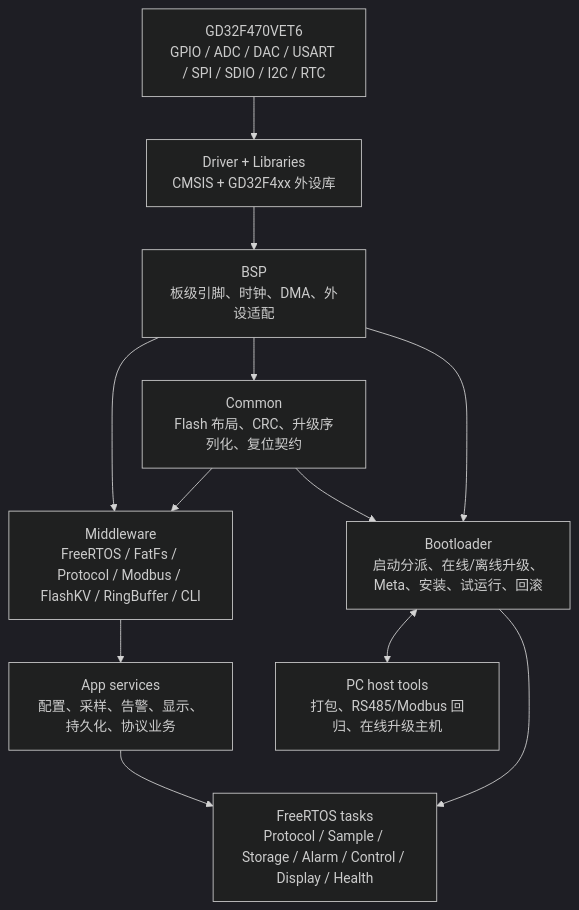
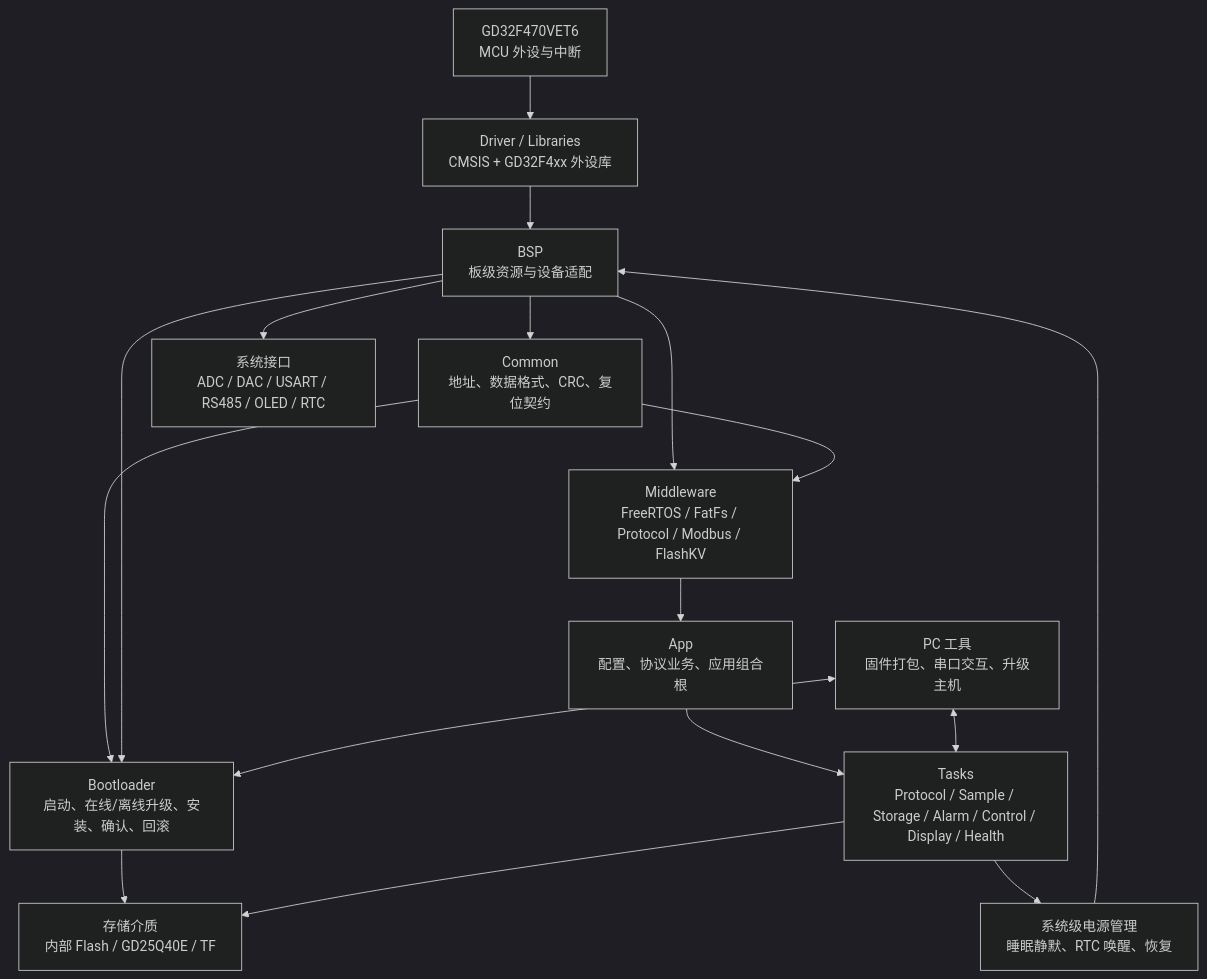
The first of 2 diagrams in README.md (TheMIrddddddddd/EmbeddedSystem), drawn with Mermaid (dark theme) before and after one commit. The commit also changed other lines of this file and 3 other files, not shown here.

```diff
--- a/README.md
+++ b/README.md
@@ -35,22 +25,31 @@
 ~~~mermaid
 flowchart TB
-    HW["GD32F470VET6<br/>GPIO / ADC / DAC / USART / SPI / SDIO / I2C / RTC"]
-    VENDOR["Driver + Libraries<br/>CMSIS + GD32F4xx 外设库"]
-    BSP["BSP<br/>板级引脚、时钟、DMA、外设适配"]
-    COMMON["Common<br/>Flash 布局、CRC、升级序列化、复位契约"]
-    MW["Middleware<br/>FreeRTOS / FatFs / Protocol / Modbus / FlashKV / RingBuffer / CLI"]
-    SERVICES["App services<br/>配置、采样、告警、显示、持久化、协议业务"]
-    TASKS["FreeRTOS tasks<br/>Protocol / Sample / Storage / Alarm / Control / Display / Health"]
-    BOOT["Bootloader<br/>启动分派、在线/离线升级、Meta、安装、试运行、回滚"]
-    HOST["PC host tools<br/>打包、RS485/Modbus 回归、在线升级主机"]
+    CHIP["GD32F470VET6<br/>MCU 外设与中断"]
+    VENDOR["Driver / Libraries<br/>CMSIS + GD32F4xx 外设库"]
+    BSP["BSP<br/>板级资源与设备适配"]
+    CONTRACT["Common<br/>地址、数据格式、CRC、复位契约"]
+    MIDDLEWARE["Middleware<br/>FreeRTOS / FatFs / Protocol / Modbus / FlashKV"]
+    APP["App<br/>配置、协议业务、应用组合根"]
+    TASKS["Tasks<br/>Protocol / Sample / Storage / Alarm / Control / Display / Health"]
+    BOOT["Bootloader<br/>启动、在线/离线升级、安装、确认、回滚"]
+    STORAGE["存储介质<br/>内部 Flash / GD25Q40E / TF"]
+    IO["系统接口<br/>ADC / DAC / USART / RS485 / OLED / RTC"]
+    HOST["PC 工具<br/>固件打包、串口交互、升级主机"]
+    POWER["系统级电源管理<br/>睡眠静默、RTC 唤醒、恢复"]
 
-    HW --> VENDOR --> BSP
-    BSP --> COMMON
-    BSP --> MW
-    COMMON --> MW
-    MW --> SERVICES --> TASKS
-    COMMON --> BOOT
+    CHIP --> VENDOR --> BSP
+    BSP --> IO
+    BSP --> CONTRACT
+    BSP --> MIDDLEWARE
+    CONTRACT --> MIDDLEWARE
+    MIDDLEWARE --> APP
+    APP --> TASKS
+    CONTRACT --> BOOT
     BSP --> BOOT
-    BOOT <--> HOST
-    BOOT --> TASKS
+    BOOT --> STORAGE
+    TASKS --> STORAGE
+    TASKS --> POWER
+    POWER --> BSP
+    HOST <--> BOOT
+    HOST <--> TASKS
 ~~~
```
